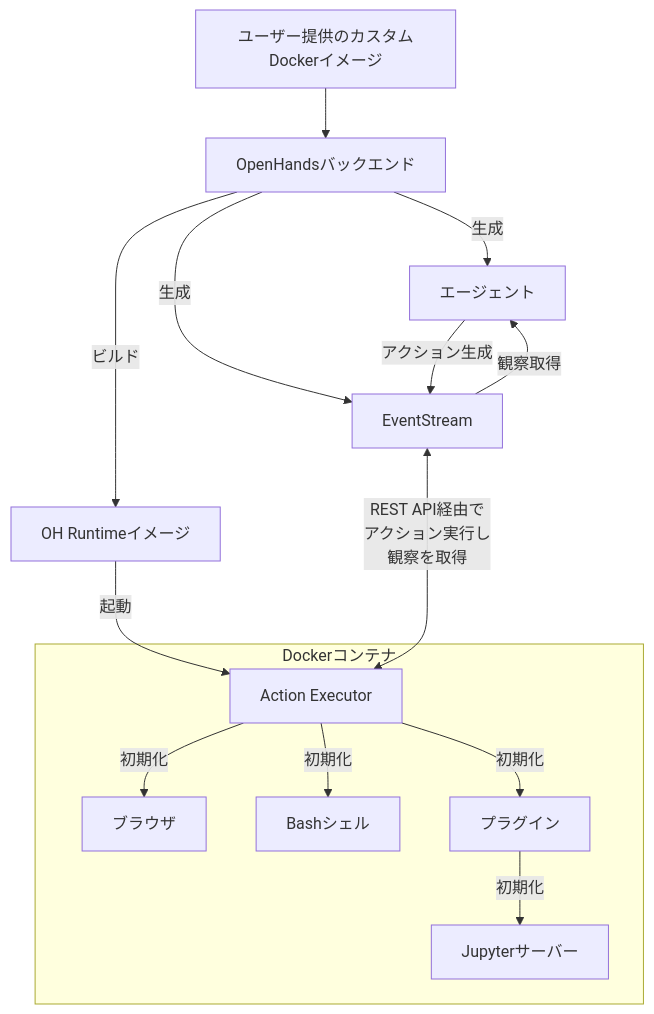
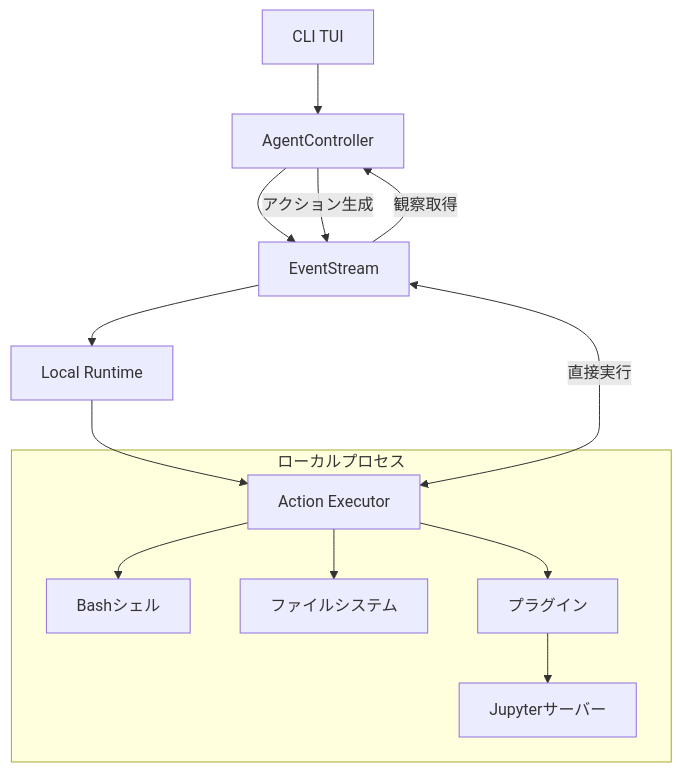
Before and after one commit to yamatovision/cli2: the second of 2 diagrams in cli2/docs/project-structure.md, drawn with Mermaid. The commit also changed other lines of this file, not shown here.

````diff
--- a/cli2/docs/project-structure.md
+++ b/cli2/docs/project-structure.md
@@ -86,28 +86,23 @@
 ```mermaid
 graph TD
-    A[ユーザー提供のカスタムDockerイメージ] --> B[OpenHandsバックエンド]
-    B -->|ビルド| C[OH Runtimeイメージ]
-    C -->|起動| D[Action Executor]
-    D -->|初期化| E[ブラウザ]
-    D -->|初期化| F[Bashシェル]
-    D -->|初期化| G[プラグイン]
-    G -->|初期化| L[Jupyterサーバー]
+    A[CLI TUI] --> B[AgentController]
+    B --> C[EventStream]
+    C --> D[Local Runtime]
+    D --> E[Action Executor]
+    E --> F[Bashシェル]
+    E --> G[ファイルシステム]
+    E --> H[プラグイン]
+    H --> I[Jupyterサーバー]
 
-    B -->|生成| H[エージェント]
-    B -->|生成| I[EventStream]
-    I <--->|REST API経由で
-    アクション実行し
-    観察を取得
-    | D
+    B -->|アクション生成| C
+    C -->|観察取得| B
+    C <-->|直接実行| E
 
-    H -->|アクション生成| I
-    I -->|観察取得| H
-
-    subgraph "Dockerコンテナ"
-    D
+    subgraph "ローカルプロセス"
     E
     F
     G
-    L
+    H
+    I
     end
 ```
````
